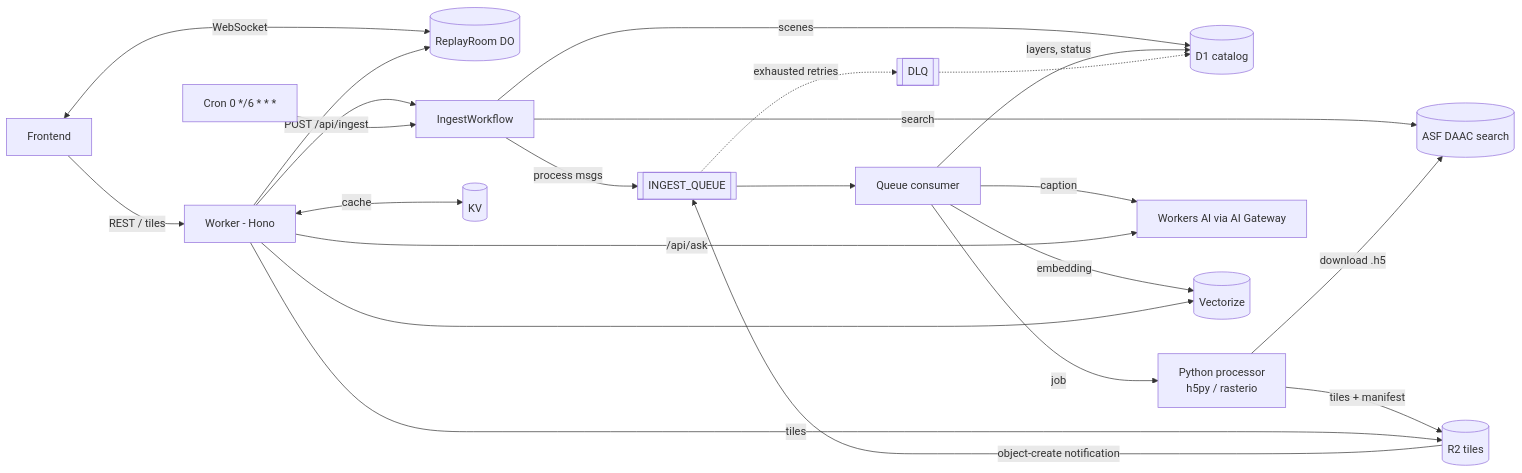
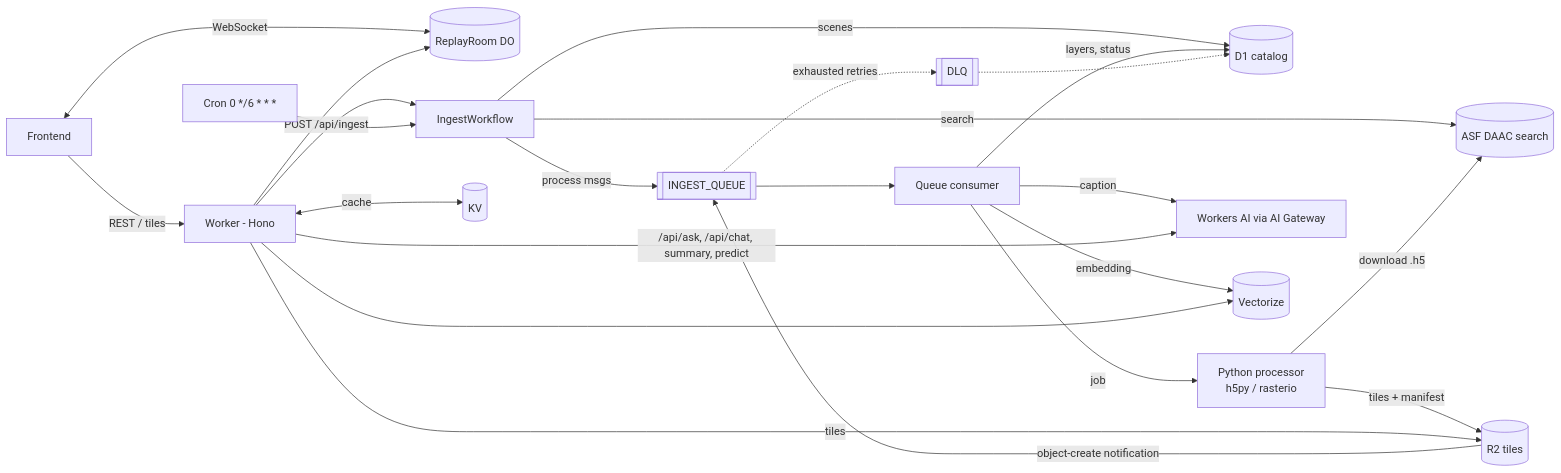
One commit to AmeersPersonal/spaceapp changed the diagram in backend/SPEC.md. Above: the diagram before and after it, drawn with Mermaid. The commit also changed other lines of this file and 24 other files, not shown here.

````diff
--- a/backend/SPEC.md
+++ b/backend/SPEC.md
@@ -20,24 +20,24 @@
 ```mermaid
 flowchart LR
   FE[Frontend] -->|REST / tiles| W[Worker - Hono]
   FE <-->|WebSocket| DO[(ReplayRoom DO)]
   W --> DO
   W -->|POST /api/ingest| WF[IngestWorkflow]
   CRON[Cron 0 */6 * * *] --> WF
   WF -->|search| ASF[(ASF DAAC search)]
   WF -->|scenes| D1[(D1 catalog)]
   WF -->|process msgs| Q[[INGEST_QUEUE]]
   Q --> C[Queue consumer]
   C -->|job| PY[Python processor<br/>h5py / rasterio]
   PY -->|download .h5| ASF
   PY -->|tiles + manifest| R2[(R2 tiles)]
   R2 -->|object-create notification| Q
   C -->|layers, status| D1
   C -->|caption| AI[Workers AI via AI Gateway]
   C -->|embedding| V[(Vectorize)]
   Q -.->|exhausted retries| DLQ[[DLQ]] -.-> D1
   W -->|tiles| R2
-  W -->|/api/ask| AI
+  W -->|/api/ask, /api/chat, summary, predict| AI
   W --> V
   W <-->|cache| KV[(KV)]
 ```
````
